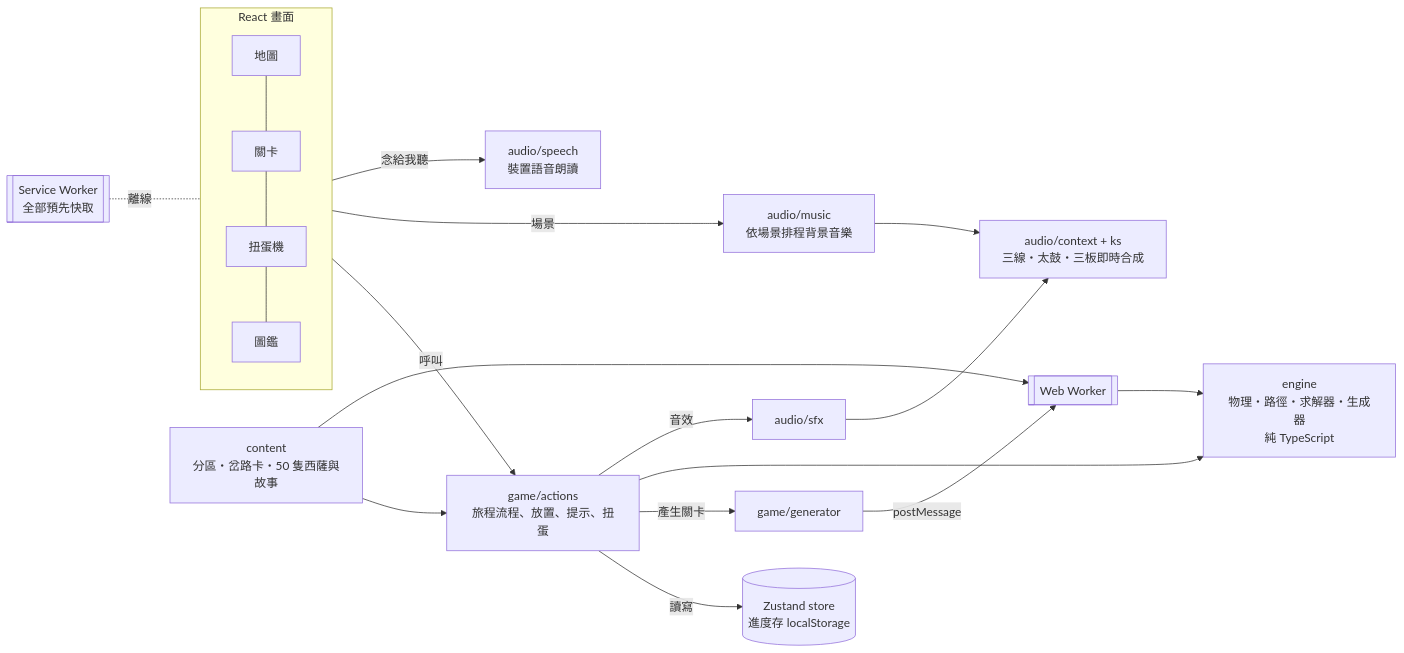
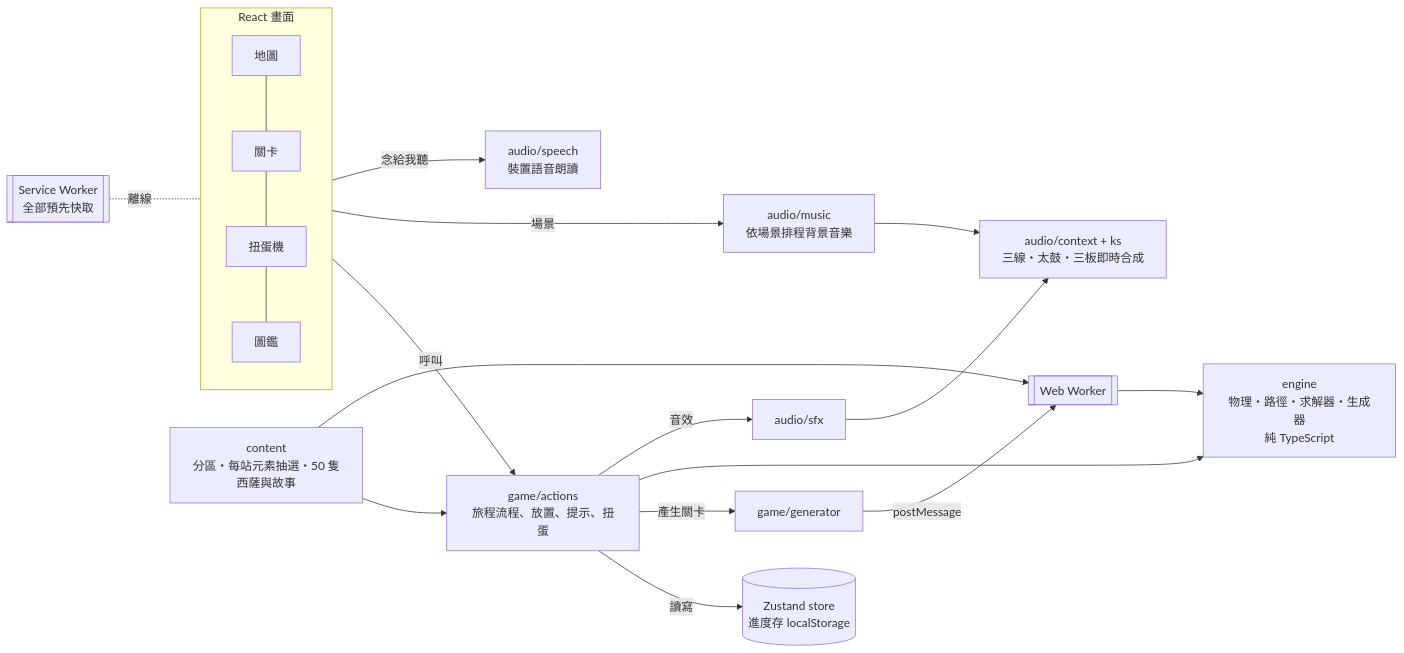
Before and after one commit to AaronChuo/shisa-reunion: the diagram in docs/README.md, drawn with Mermaid. The commit also changed other lines of this file and 4 other files, not shown here.

````diff
--- a/docs/README.md
+++ b/docs/README.md
@@ -33,20 +33,20 @@
 ```mermaid
 flowchart LR
   subgraph UI[React 畫面]
     Home[地圖] --- Play[關卡] --- Gacha[扭蛋機] --- Dex[圖鑑]
   end
   UI -->|呼叫| Actions[game/actions<br/>旅程流程、放置、提示、扭蛋]
   Actions -->|讀寫| Store[(Zustand store<br/>進度存 localStorage)]
   Actions -->|產生關卡| Client[game/generator]
   Client -->|postMessage| Worker[[Web Worker]]
   Worker --> Engine[engine<br/>物理・路徑・求解器・生成器<br/>純 TypeScript]
   Actions --> Engine
-  Content[content<br/>分區・岔路卡・50 隻西薩與故事] --> Actions
+  Content[content<br/>分區・每站元素抽選・50 隻西薩與故事] --> Actions
   UI -->|場景| Music[audio/music<br/>依場景排程背景音樂]
   Actions -->|音效| Sfx[audio/sfx]
   UI -->|念給我聽| Speech[audio/speech<br/>裝置語音朗讀]
   Music --> Synth[audio/context + ks<br/>三線・太鼓・三板即時合成]
   Sfx --> Synth
   Content --> Worker
   SW[[Service Worker<br/>全部預先快取]] -.離線.- UI
 ```
````
